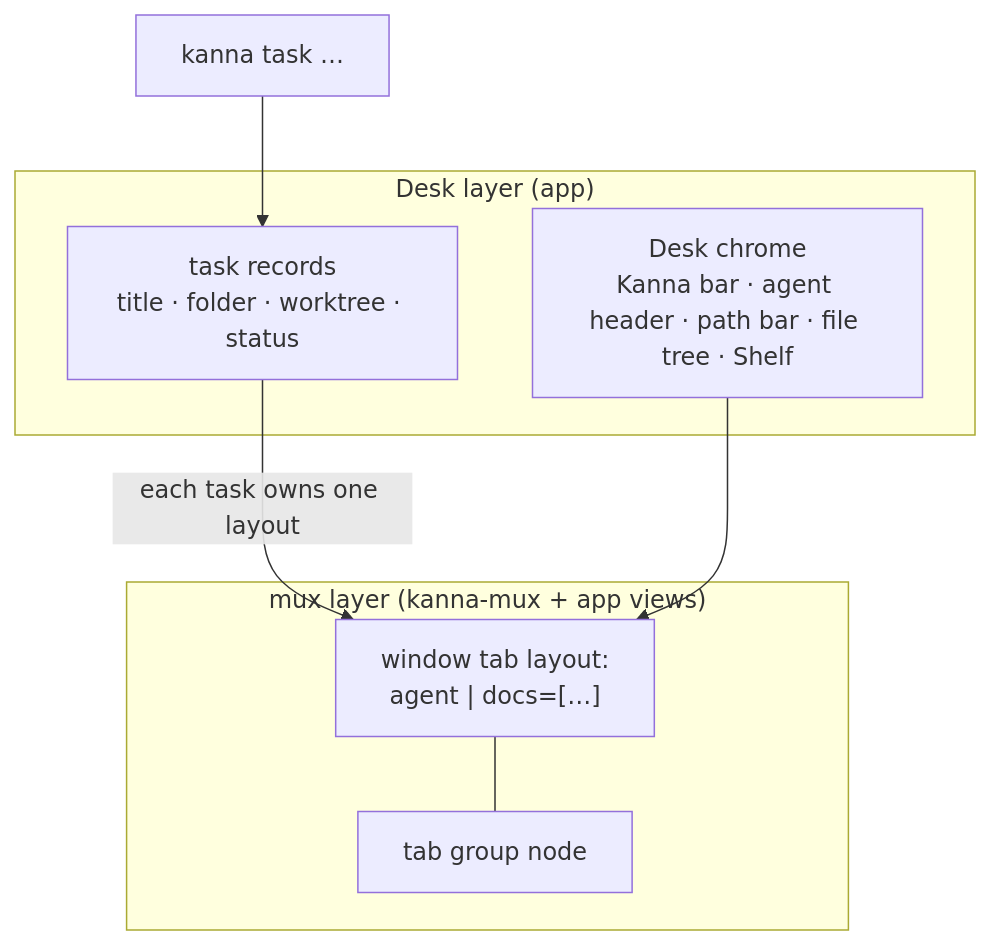
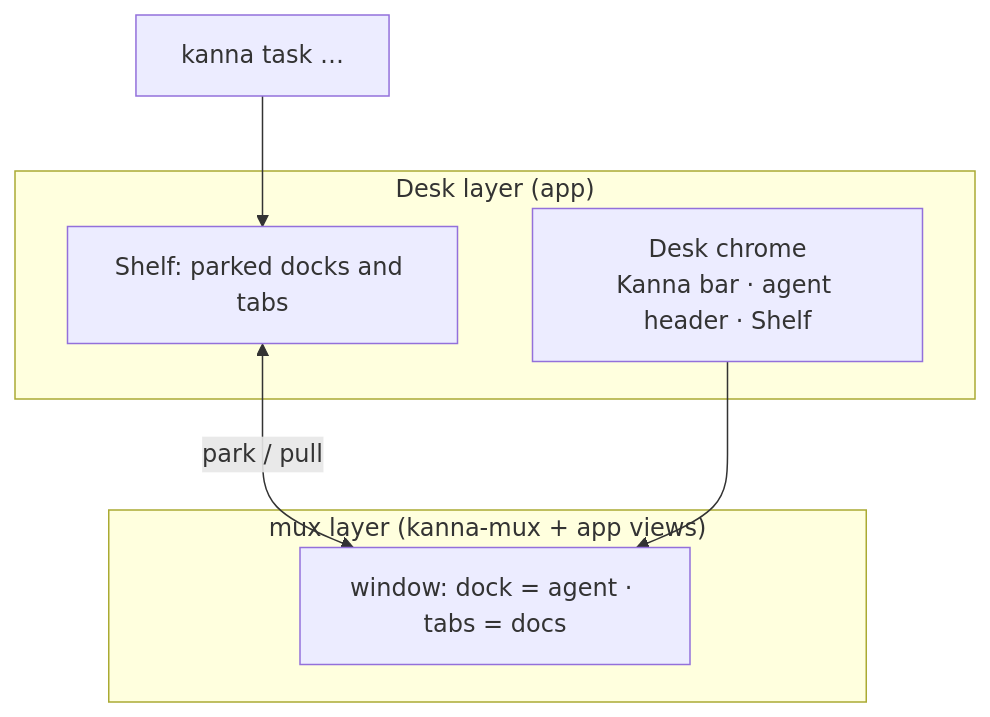
The third of 3 diagrams in docs/specs/desk.md (jemdiggity/kanna-v4), drawn with Mermaid before and after one commit. The commit also changed other lines of this file and 7 other files, not shown here.

Commit message:
Desk: agent docked beside the window's tabs (new docked pane spec replaces tab groups); no path bar, file tree or New Task; agent status is its own spec

````diff
--- a/docs/specs/desk.md
+++ b/docs/specs/desk.md
@@ -89,15 +74,13 @@
 ```mermaid
 flowchart TB
     subgraph mux["mux layer (kanna-mux + app views)"]
-        L["window tab layout:<br/>agent | docs=[…]"]
-        G["tab group node"]
-        L --- G
+        W["window: dock = agent · tabs = docs"]
     end
     subgraph desk["Desk layer (app)"]
-        T["task records<br/>title · folder · worktree · status"]
-        W["Desk chrome<br/>Kanna bar · agent header · path bar · file tree · Shelf"]
+        T["Shelf: parked docks and tabs"]
+        C["Desk chrome<br/>Kanna bar · agent header · Shelf"]
     end
-    T -->|"each task owns one layout"| L
-    W --> L
+    T <-->|"park / pull"| W
+    C --> W
     CLI["kanna task …"] --> T
 ```
````
